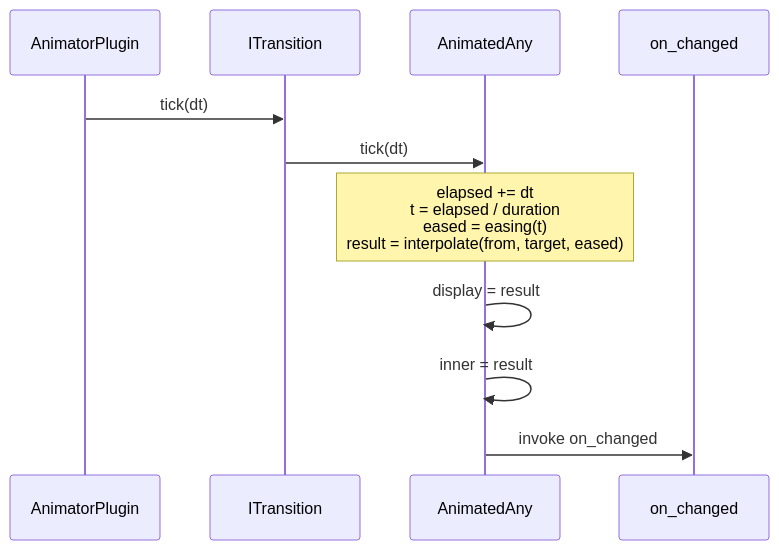
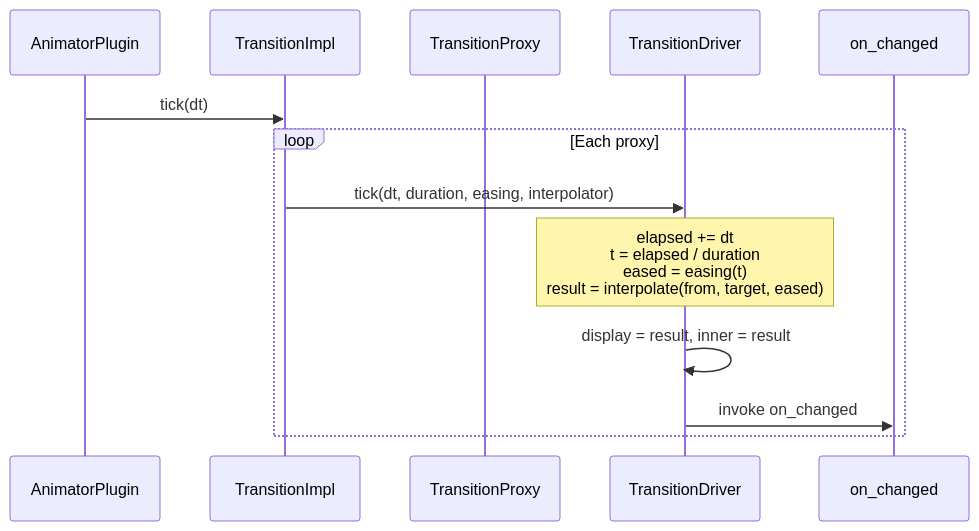
The fifth of 5 diagrams in docs/plugins/animator.md (ljaaskela/velk), drawn with Mermaid before and after one commit. The commit also changed other lines of this file and 21 other files, not shown here.

````diff
--- a/docs/plugins/animator.md
+++ b/docs/plugins/animator.md
@@ -373,14 +450,16 @@
 ```mermaid
 sequenceDiagram
     participant Plugin as AnimatorPlugin
-    participant Transition as ITransition
-    participant AnimatedAny
+    participant Transition as TransitionImpl
+    participant Proxy as TransitionProxy
+    participant Driver as TransitionDriver
     participant Listeners as on_changed
 
     Plugin->>Transition: tick(dt)
-    Transition->>AnimatedAny: tick(dt)
-    Note over AnimatedAny: elapsed += dt<br/>t = elapsed / duration<br/>eased = easing(t)<br/>result = interpolate(from, target, eased)
-    AnimatedAny->>AnimatedAny: display = result
-    AnimatedAny->>AnimatedAny: inner = result
-    AnimatedAny->>Listeners: invoke on_changed
+    loop Each proxy
+        Transition->>Driver: tick(dt, duration, easing, interpolator)
+        Note over Driver: elapsed += dt<br/>t = elapsed / duration<br/>eased = easing(t)<br/>result = interpolate(from, target, eased)
+        Driver->>Driver: display = result, inner = result
+        Driver->>Listeners: invoke on_changed
+    end
 ```
````
